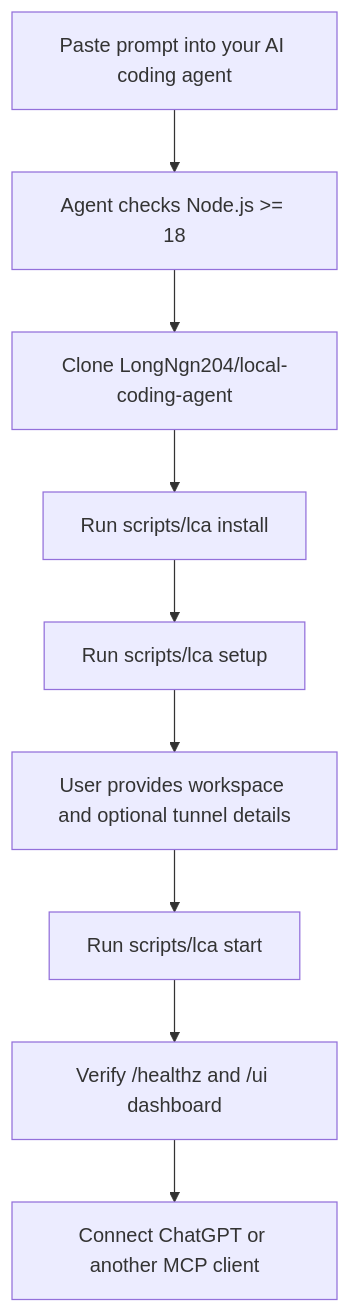
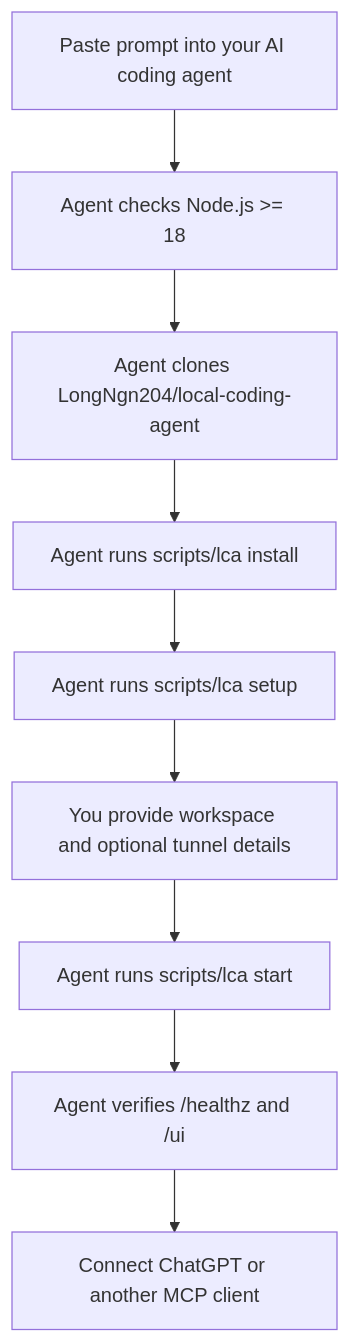
Before and after one commit to tanhaien/chatgpt-web-agent-harness: the first of 2 diagrams in README.md, drawn with Mermaid. The commit also changed other lines of this file and 1 other file, not shown here.

````diff
--- a/README.md
+++ b/README.md
@@ -108,11 +89,11 @@
 ```mermaid
 flowchart TD
   A["Paste prompt into your AI coding agent"] --> B["Agent checks Node.js >= 18"]
-  B --> C["Clone LongNgn204/local-coding-agent"]
-  C --> D["Run scripts/lca install"]
-  D --> E["Run scripts/lca setup"]
-  E --> F["User provides workspace and optional tunnel details"]
-  F --> G["Run scripts/lca start"]
-  G --> H["Verify /healthz and /ui dashboard"]
+  B --> C["Agent clones LongNgn204/local-coding-agent"]
+  C --> D["Agent runs scripts/lca install"]
+  D --> E["Agent runs scripts/lca setup"]
+  E --> F["You provide workspace and optional tunnel details"]
+  F --> G["Agent runs scripts/lca start"]
+  G --> H["Agent verifies /healthz and /ui"]
   H --> I["Connect ChatGPT or another MCP client"]
 ```
````
